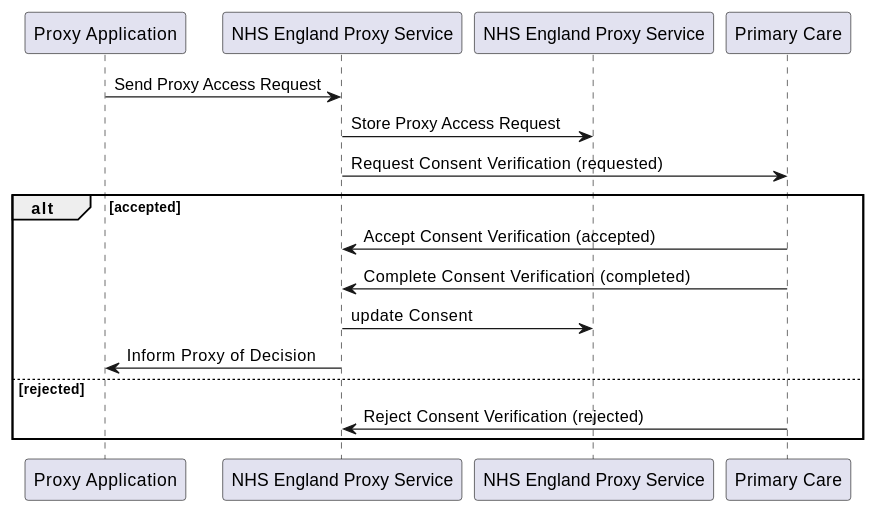
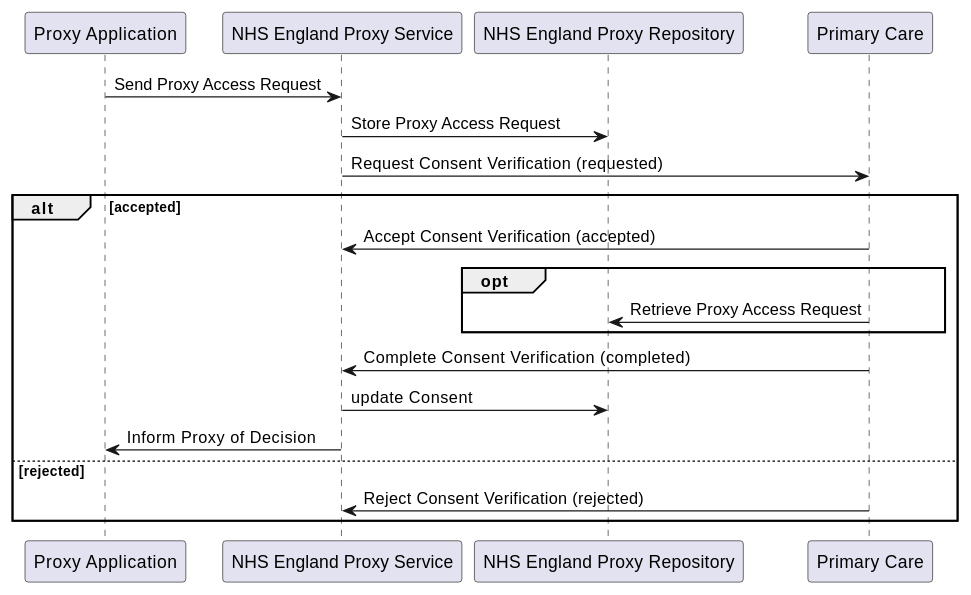
One commit to NHSDigital/IOPS-FHIR-Simplifier-Backup changed the diagram in NHSEnglandProgrammeImplementationGuides/backup/guides/National-Proxy-Service/Home/Design/Example-Scenario/Index.page.md. Above: the diagram before and after it, drawn with PlantUML. The commit also changed other lines of this file and 16 other files, not shown here.

```diff
--- a/NHSEnglandProgrammeImplementationGuides/backup/guides/National-Proxy-Service/Home/Design/Example-Scenario/Index.page.md
+++ b/NHSEnglandProgrammeImplementationGuides/backup/guides/National-Proxy-Service/Home/Design/Example-Scenario/Index.page.md
@@ -15,20 +17,23 @@
 @startuml
 
 participant proxy as "Proxy Application"
 participant service as "NHS England Proxy Service"
-participant repository as "NHS England Proxy Service"
+participant repository as "NHS England Proxy Repository"
 participant gp as "Primary Care"
 
 proxy -> service : Send Proxy Access Request
 service -> repository: Store Proxy Access Request
 service -> gp: Request Consent Verification (requested)
 alt accepted 
 gp -> service : Accept Consent Verification (accepted)
+opt
+  gp -> repository: Retrieve Proxy Access Request
+end 
 gp -> service : Complete Consent Verification (completed)
 service -> repository: update Consent
 service -> proxy : Inform Proxy of Decision
 else rejected
 gp -> service : Reject Consent Verification (rejected)
 end 
 
 @enduml
```
